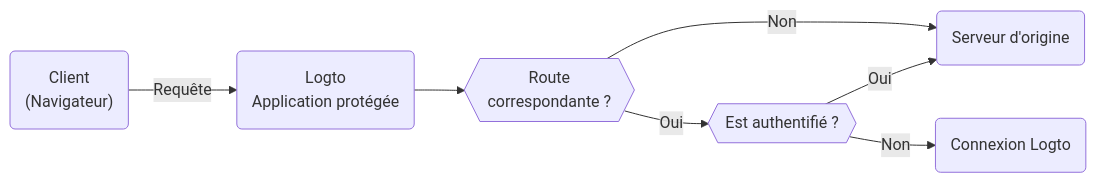
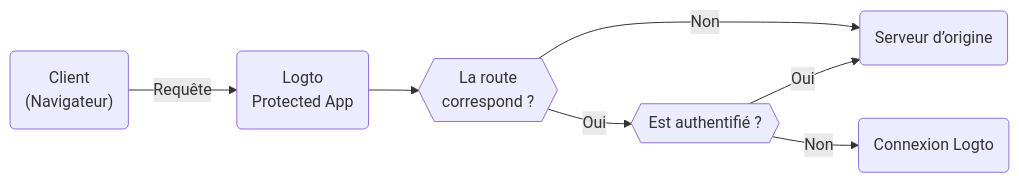
Before and after one commit to logto-io/docs: the diagram in i18n/fr/docusaurus-plugin-content-docs/current/integrate-logto/protected-app.mdx, drawn with Mermaid. The commit also changed other lines of this file and 53 other files, not shown here.

````diff
--- a/i18n/fr/docusaurus-plugin-content-docs/current/integrate-logto/protected-app.mdx
+++ b/i18n/fr/docusaurus-plugin-content-docs/current/integrate-logto/protected-app.mdx
@@ -19,9 +19,9 @@
 ```mermaid
 graph LR
-  A("Client<br/>(Navigateur)") -->|Requête| B(Logto<br/>Application protégée)
-  B --> Condition{{Route<br/>correspondante ?}}
+  A("Client<br/>(Navigateur)") -->|Requête| B(Logto<br/>Protected App)
+  B --> Condition{{La route<br/>correspond ?}}
   Condition -->|Oui| Matched{{Est authentifié ?}}
-  Matched -->|Oui| C(Serveur d'origine)
+  Matched -->|Oui| C(Serveur d’origine)
   Matched -->|Non| D(Connexion Logto)
   Condition -->|Non| C
 ```
````
